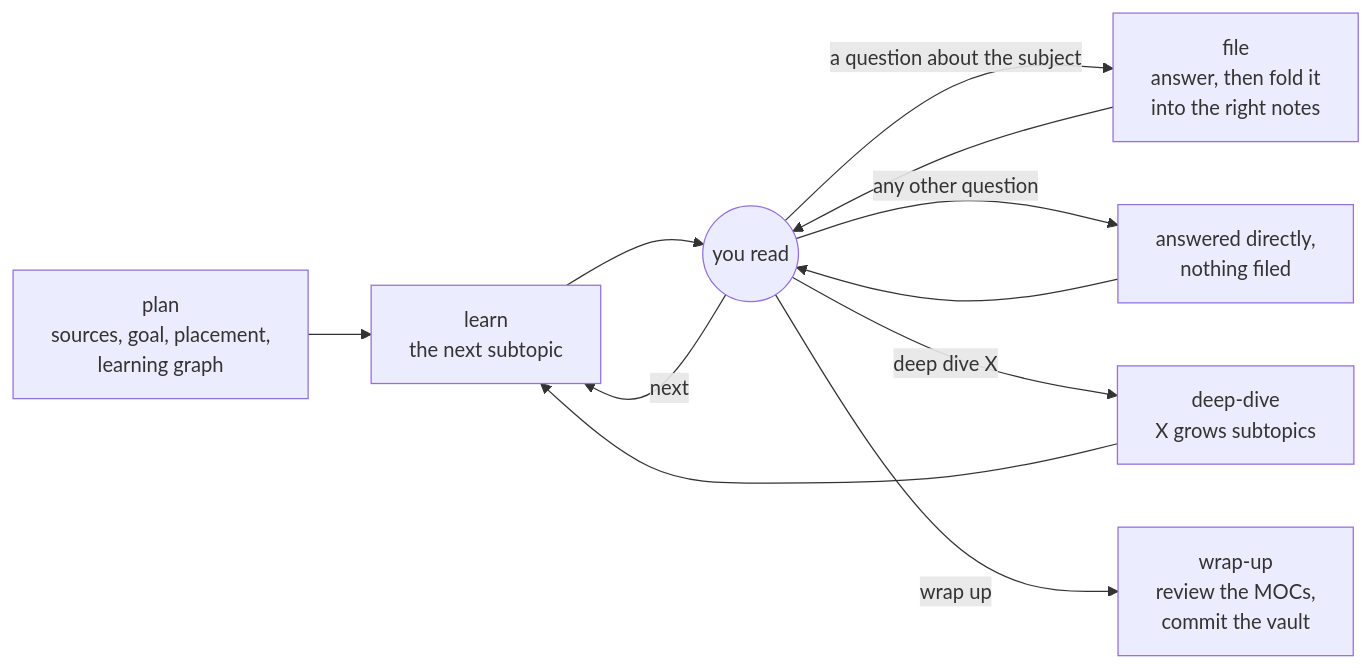
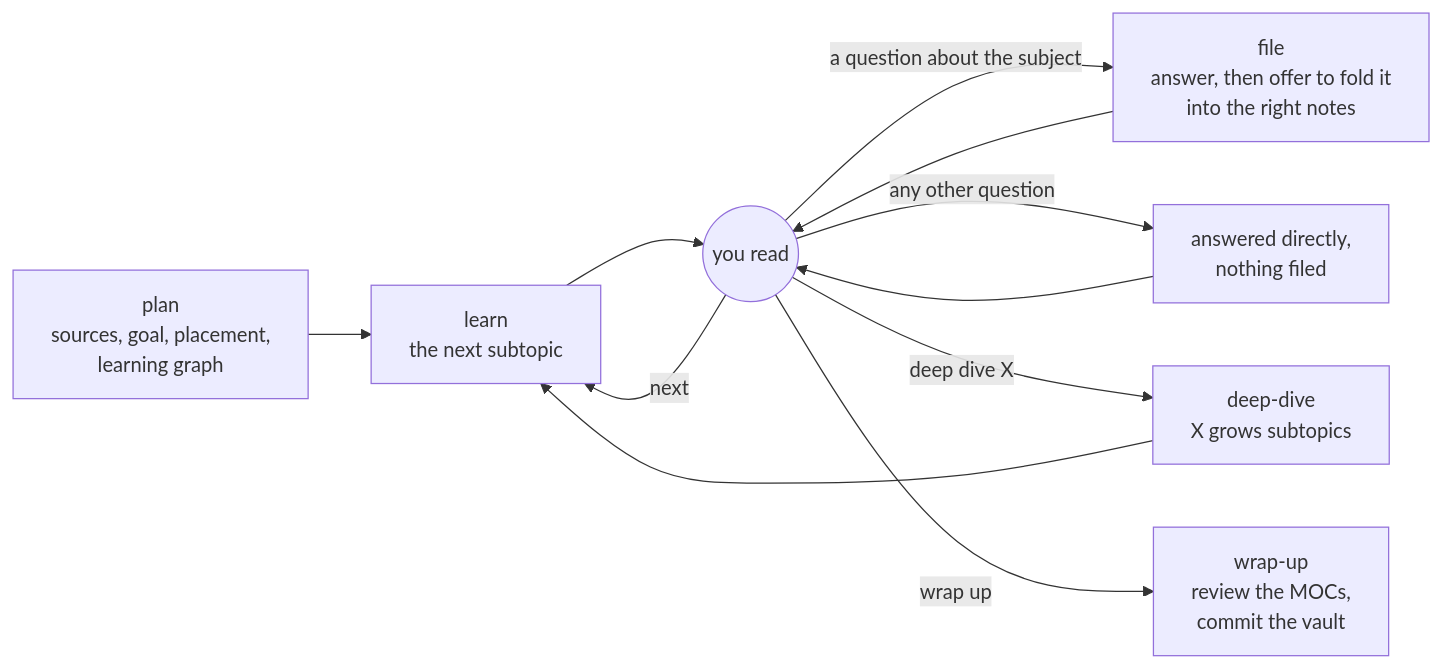
Before and after one commit to shyamalaravind/appledore: the diagram in README.md, drawn with Mermaid. The commit also changed other lines of this file and 7 other files, not shown here.

````diff
--- a/README.md
+++ b/README.md
@@ -29,13 +29,13 @@
 ```mermaid
 flowchart LR
     P["plan<br/>sources, goal, placement,<br/>learning graph"] --> L["learn<br/>the next subtopic"]
     L --> U(("you read"))
     U -- "next" --> L
-    U -- "a question about the subject" --> F["file<br/>answer, then fold it<br/>into the right notes"]
+    U -- "a question about the subject" --> F["file<br/>answer, then offer to fold it<br/>into the right notes"]
     F --> U
     U -- "any other question" --> A["answered directly,<br/>nothing filed"]
     A --> U
     U -- "deep dive X" --> D["deep-dive<br/>X grows subtopics"]
     D --> L
     U -- "wrap up" --> W["wrap-up<br/>review the MOCs,<br/>commit the vault"]
 ```
````
